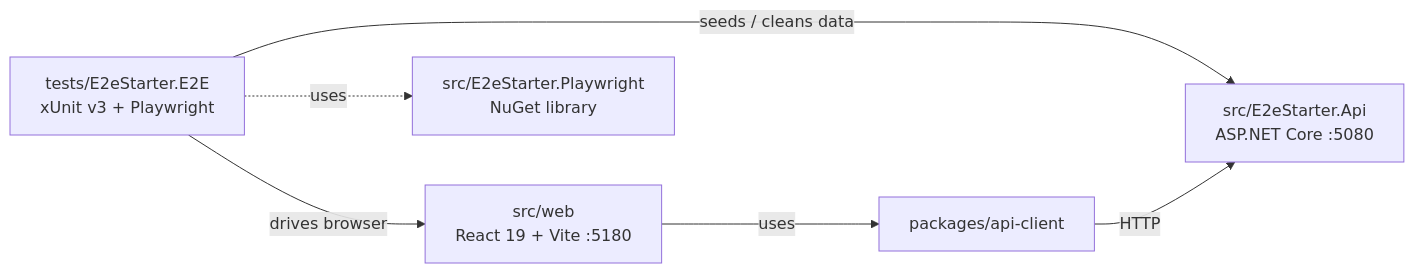
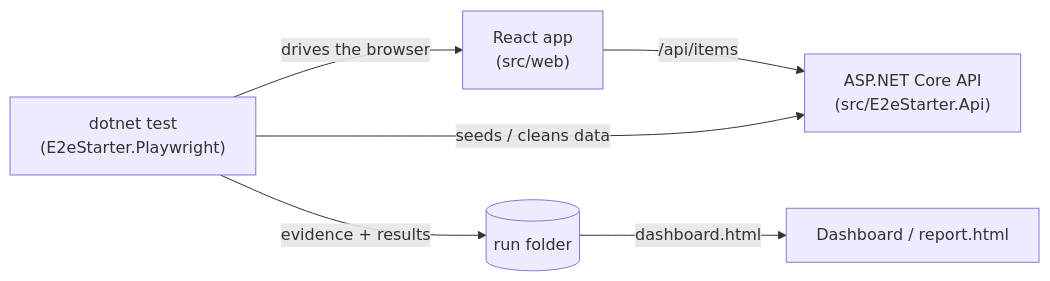
Before and after one commit to perisicnikola37/react-dotnet-playwright-e2e-starter: the diagram in README.md, drawn with Mermaid. The commit also changed other lines of this file and 22 other files, not shown here.

Commit message:
feat: add test dashboard package and redesigned README

````diff
--- a/README.md
+++ b/README.md
@@ -54,8 +40,8 @@
 ```mermaid
 flowchart LR
-  T[tests/E2eStarter.E2E<br/>xUnit v3 + Playwright] -->|drives browser| W[src/web<br/>React 19 + Vite :5180]
-  T -->|seeds / cleans data| A[src/E2eStarter.Api<br/>ASP.NET Core :5080]
-  W -->|uses| C[packages/api-client]
-  C -->|HTTP| A
-  T -.uses.-> L[src/E2eStarter.Playwright<br/>NuGet library]
+    FE["React app<br/>(src/web)"] -- "/api/items" --> API["ASP.NET Core API<br/>(src/E2eStarter.Api)"]
+    T["dotnet test<br/>(E2eStarter.Playwright)"] -- "drives the browser" --> FE
+    T -- "seeds / cleans data" --> API
+    T -- "evidence + results" --> R[("run folder")]
+    R -- "dashboard.html" --> D["Dashboard / report.html"]
 ```
````
